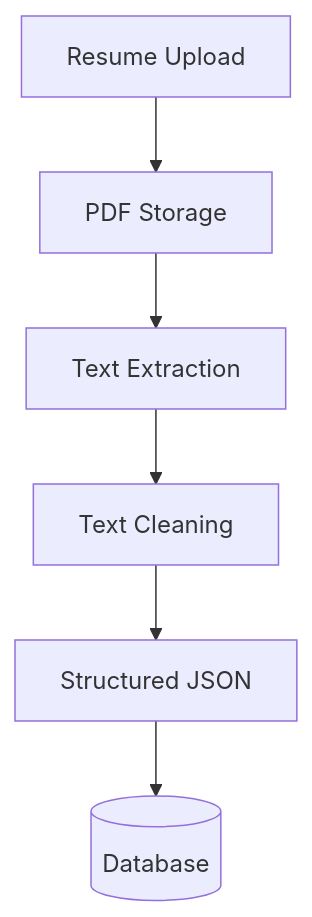
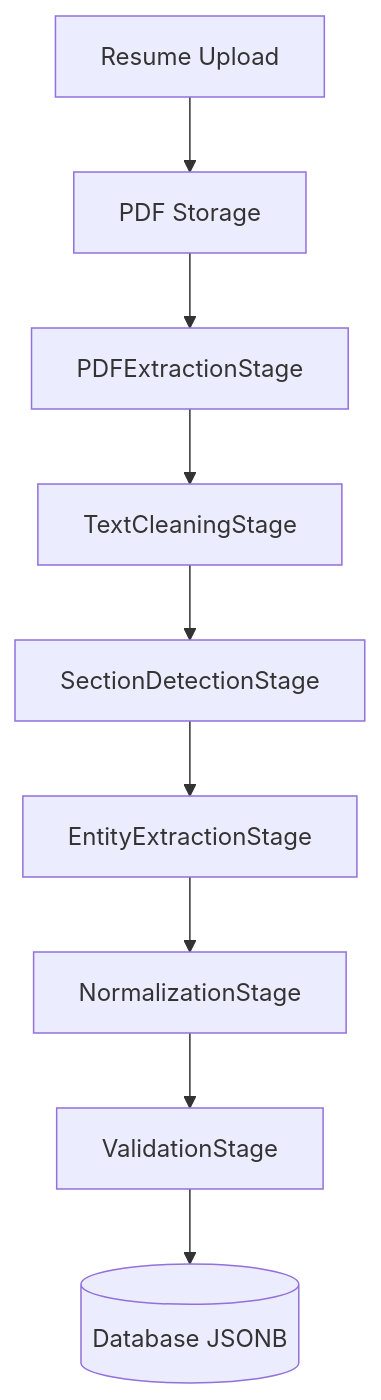
One commit to vanshbahl/resume-screener changed the third of 4 diagrams in docs/04_APP_FLOW.md. Above: the diagram before and after it, drawn with Mermaid. The commit also changed other lines of this file and 4 other files, not shown here.

````diff
--- a/docs/04_APP_FLOW.md
+++ b/docs/04_APP_FLOW.md
@@ -48,8 +48,11 @@
 ```mermaid
 flowchart TD
     A[Resume Upload] --> B[PDF Storage]
-    B --> C[Text Extraction]
-    C --> D[Text Cleaning]
-    D --> E[Structured JSON]
-    E --> F[(Database)]
+    B --> C[PDFExtractionStage]
+    C --> D[TextCleaningStage]
+    D --> E[SectionDetectionStage]
+    E --> F[EntityExtractionStage]
+    F --> G[NormalizationStage]
+    G --> H[ValidationStage]
+    H --> I[(Database JSONB)]
 ```
````
